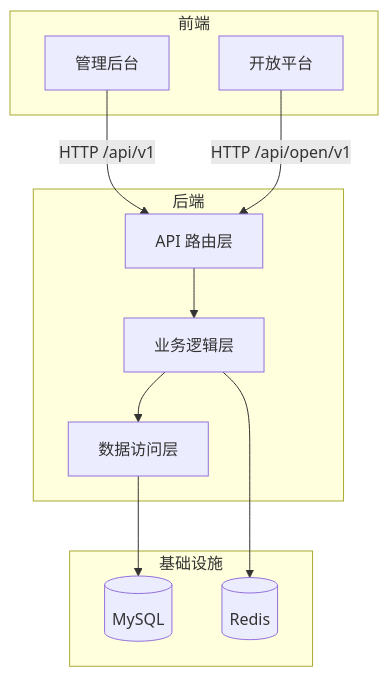
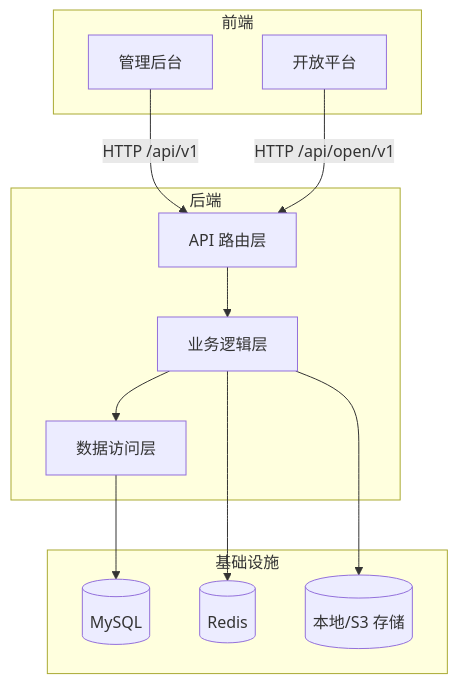
The first of 4 diagrams in README.md (cross-lang/x-HanJiang), drawn with Mermaid before and after one commit. The commit also changed other lines of this file and 156 other files, not shown here.

````diff
--- a/README.md
+++ b/README.md
@@ -79,25 +89,27 @@
 ```mermaid
 graph TB
     subgraph 前端
         A[管理后台]
         B[开放平台]
     end
 
     subgraph 后端
         C[API 路由层]
         D[业务逻辑层]
         E[数据访问层]
     end
 
     subgraph 基础设施
         F[(MySQL)]
         G[(Redis)]
+        H[(本地/S3 存储)]
     end
 
     A -->|HTTP /api/v1| C
     B -->|HTTP /api/open/v1| C
     C --> D
     D --> E
     E --> F
     D --> G
+    D --> H
 ```
````
